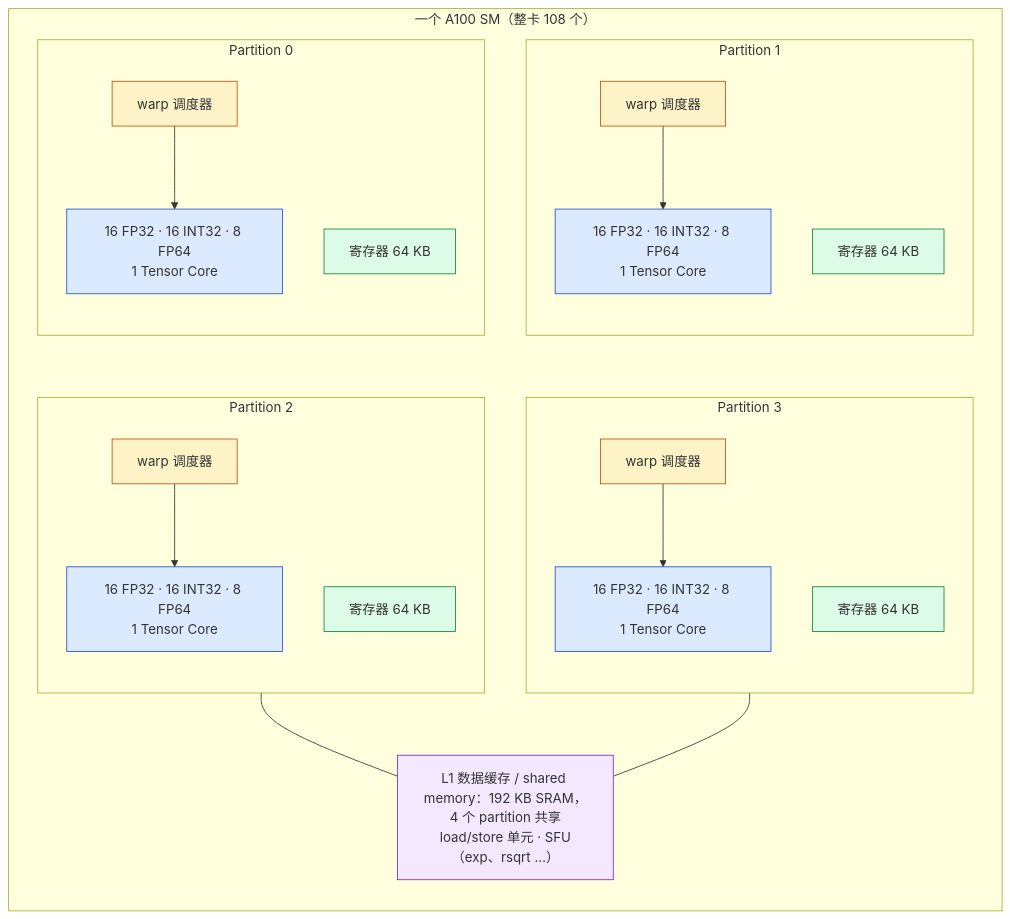
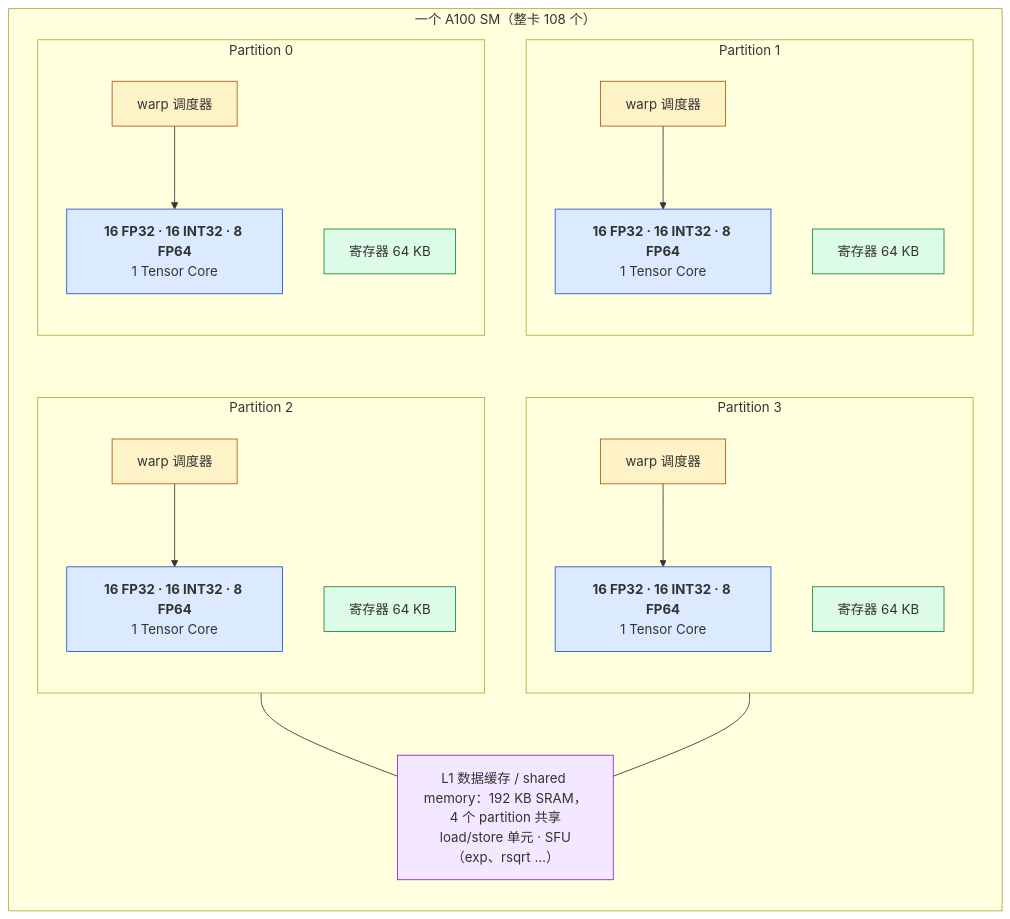
The fourth of 15 diagrams in _posts/2026-05-11-gpu-architecture-and-roofline.md (arganzheng/arganzheng.github.com), drawn with Mermaid before and after one commit. The commit also changed other lines of this file and 10 other files, not shown here.

First line of the commit message:
GPU Kernel 工程：从 CUDA 执行模型到 FlashAttention：Mermaid 多行方框的首行标为标题（11 篇）

````diff
--- a/_posts/2026-05-11-gpu-architecture-and-roofline.md
+++ b/_posts/2026-05-11-gpu-architecture-and-roofline.md
@@ -128,36 +128,36 @@
 ```mermaid
 %% 一个 A100 SM 的内部：4 个 partition 各有调度器、寄存器与执行单元，共享 192 KB L1/shared
 flowchart TB
     classDef sch fill:#fef3c7,stroke:#b45309
     classDef exe fill:#dbeafe,stroke:#1d4ed8
     classDef reg fill:#dcfce7,stroke:#15803d
     classDef mem fill:#f3e8ff,stroke:#7e22ce
     subgraph SM["一个 A100 SM（整卡 108 个）"]
         direction TB
         subgraph P0["Partition 0"]
             direction TB
-            S0["warp 调度器"]:::sch --> E0["16 FP32 · 16 INT32 · 8 FP64<br/>1 Tensor Core"]:::exe
+            S0["warp 调度器"]:::sch --> E0["<b>16 FP32 · 16 INT32 · 8 FP64</b><br/>1 Tensor Core"]:::exe
             R0["寄存器 64 KB"]:::reg
         end
         subgraph P1["Partition 1"]
             direction TB
-            S1["warp 调度器"]:::sch --> E1["16 FP32 · 16 INT32 · 8 FP64<br/>1 Tensor Core"]:::exe
+            S1["warp 调度器"]:::sch --> E1["<b>16 FP32 · 16 INT32 · 8 FP64</b><br/>1 Tensor Core"]:::exe
             R1["寄存器 64 KB"]:::reg
         end
         subgraph P2["Partition 2"]
             direction TB
-            S2["warp 调度器"]:::sch --> E2["16 FP32 · 16 INT32 · 8 FP64<br/>1 Tensor Core"]:::exe
+            S2["warp 调度器"]:::sch --> E2["<b>16 FP32 · 16 INT32 · 8 FP64</b><br/>1 Tensor Core"]:::exe
             R2["寄存器 64 KB"]:::reg
         end
         subgraph P3["Partition 3"]
             direction TB
-            S3["warp 调度器"]:::sch --> E3["16 FP32 · 16 INT32 · 8 FP64<br/>1 Tensor Core"]:::exe
+            S3["warp 调度器"]:::sch --> E3["<b>16 FP32 · 16 INT32 · 8 FP64</b><br/>1 Tensor Core"]:::exe
             R3["寄存器 64 KB"]:::reg
         end
         P0 ~~~ P2
         P1 ~~~ P3
         L1["L1 数据缓存 / shared memory：192 KB SRAM，4 个 partition 共享<br/>load/store 单元 · SFU（exp、rsqrt …）"]:::mem
         P2 --- L1
         P3 --- L1
     end
 ```
````
